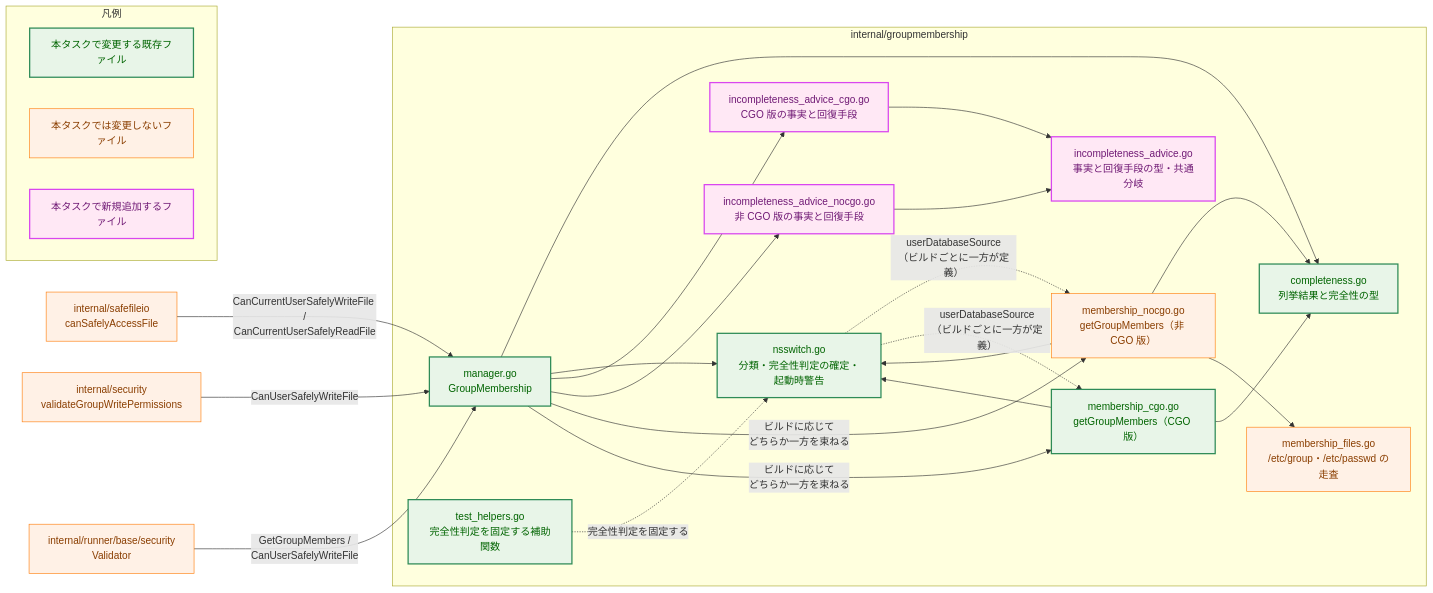
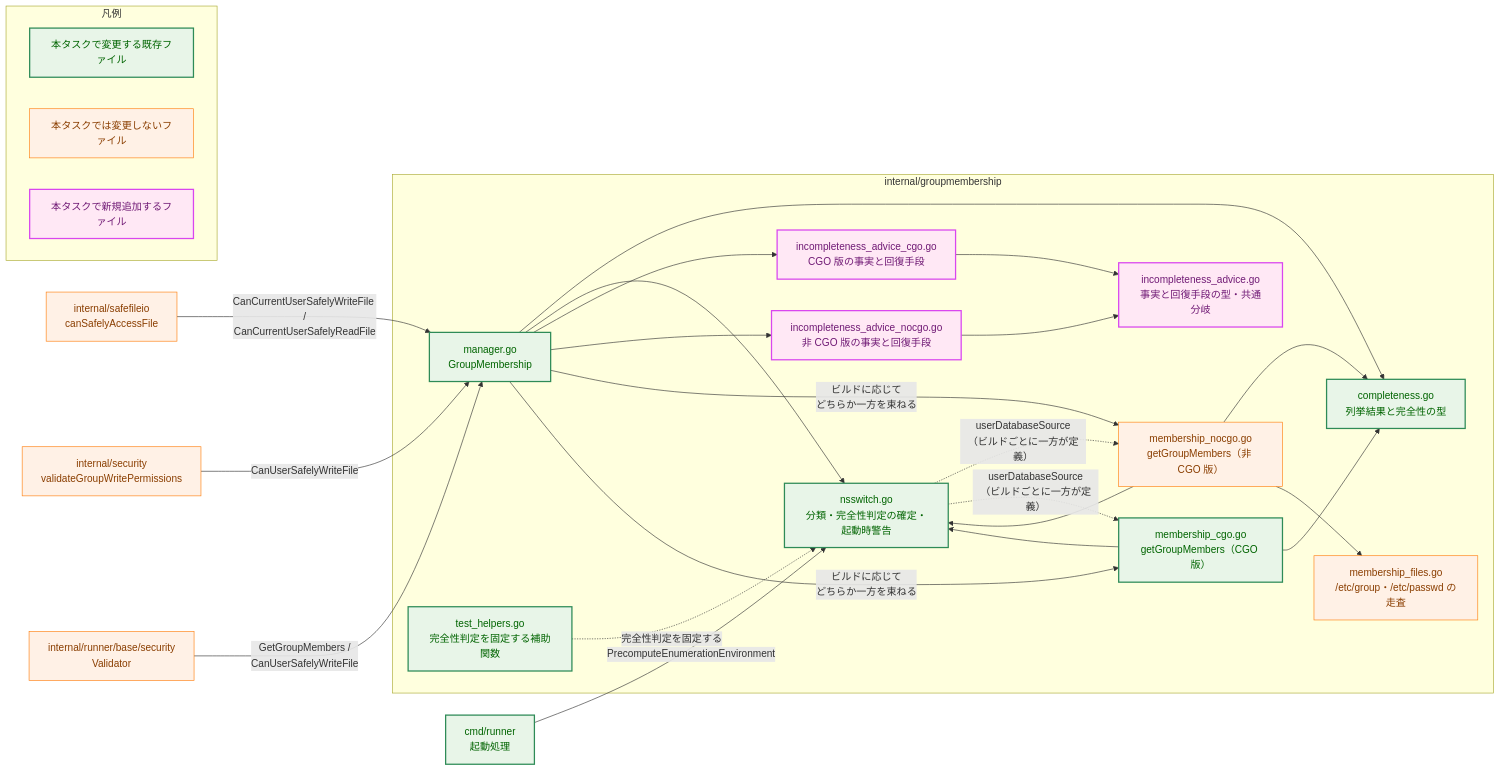
One commit to isseis/go-safe-cmd-runner changed the second of 7 diagrams in docs/tasks/0169_groupmembership_cgo_enumeration_completeness/02_architecture.md. Above: the diagram before and after it, drawn with Mermaid. The commit also changed other lines of this file and 1 other file, not shown here.

````diff
--- a/docs/tasks/0169_groupmembership_cgo_enumeration_completeness/02_architecture.md
+++ b/docs/tasks/0169_groupmembership_cgo_enumeration_completeness/02_architecture.md
@@ -118,52 +114,54 @@
 ```mermaid
 flowchart LR
     classDef data fill:#e6f7ff,stroke:#1f77b4,stroke-width:1px,color:#0b3d91;
     classDef process fill:#fff1e6,stroke:#ff7f0e,stroke-width:1px,color:#8a3e00;
     classDef enhanced fill:#e8f5e8,stroke:#2e8b57,stroke-width:2px,color:#006400;
     classDef newpkg fill:#ffe8f5,stroke:#d946ef,stroke-width:2px,color:#701a75;
 
     SFIO["internal/safefileio<br>canSafelyAccessFile"] -->|"CanCurrentUserSafelyWriteFile /<br>CanCurrentUserSafelyReadFile"| MGR
     DPC["internal/security<br>validateGroupWritePermissions"] -->|"CanUserSafelyWriteFile"| MGR
     RSV["internal/runner/base/security<br>Validator"] -->|"GetGroupMembers /<br>CanUserSafelyWriteFile"| MGR
+    RUN["cmd/runner<br>起動処理"] -->|"PrecomputeEnumerationEnvironment"| NSW
 
     subgraph GMP["internal/groupmembership"]
         MGR["manager.go<br>GroupMembership"]
         CMP["completeness.go<br>列挙結果と完全性の型"]
         NSW["nsswitch.go<br>分類・完全性判定の確定・起動時警告"]
         NOC["membership_nocgo.go<br>getGroupMembers（非 CGO 版）"]
         FIL["membership_files.go<br>/etc/group・/etc/passwd の走査"]
         CGO["membership_cgo.go<br>getGroupMembers（CGO 版）"]
         ADV["incompleteness_advice.go<br>事実と回復手段の型・共通分岐"]
         ADC["incompleteness_advice_cgo.go<br>CGO 版の事実と回復手段"]
         ADN["incompleteness_advice_nocgo.go<br>非 CGO 版の事実と回復手段"]
         THL["test_helpers.go<br>完全性判定を固定する補助関数"]
     end
 
     MGR --> CMP
     MGR --> NSW
     MGR --> ADC
     MGR --> ADN
     ADC --> ADV
     ADN --> ADV
     NOC --> CMP
     NOC --> NSW
     NOC --> FIL
     CGO --> CMP
     CGO --> NSW
     NSW -.->|"userDatabaseSource<br>（ビルドごとに一方が定義）"| NOC
     NSW -.->|"userDatabaseSource<br>（ビルドごとに一方が定義）"| CGO
     THL -.->|"完全性判定を固定する"| NSW
     MGR -->|"ビルドに応じて<br>どちらか一方を束ねる"| NOC
     MGR -->|"ビルドに応じて<br>どちらか一方を束ねる"| CGO
 
     class SFIO,DPC,RSV,FIL,NOC process
+    class RUN enhanced
     class NSW,CGO,MGR,CMP,THL enhanced
     class ADV,ADC,ADN newpkg
 
     subgraph Legend["凡例"]
         direction LR
         LG1["本タスクで変更する既存ファイル"]:::enhanced
         LG2["本タスクでは変更しないファイル"]:::process
         LG3["本タスクで新規追加するファイル"]:::newpkg
     end
 ```
````
